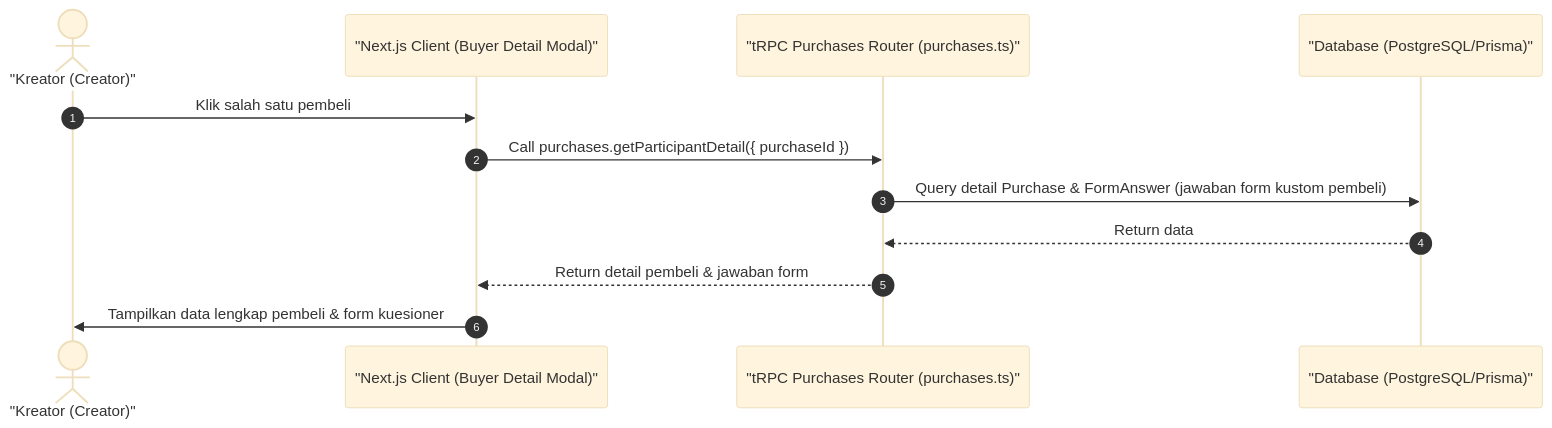
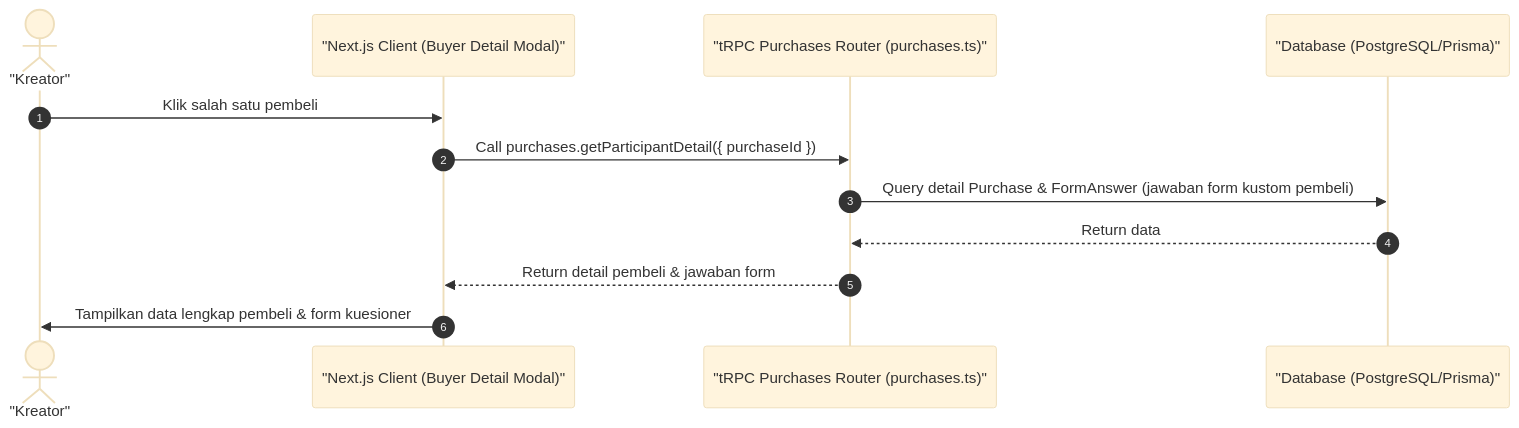
One commit to luputer/CuanIN changed the diagram in docs/23-creator-buyer-detail.md. Above: the diagram before and after it, drawn with Mermaid (base theme). The commit also changed 53 other files, not shown here.

````diff
--- a/docs/23-creator-buyer-detail.md
+++ b/docs/23-creator-buyer-detail.md
@@ -5,16 +5,16 @@
 ```mermaid
 sequenceDiagram
     autonumber
-    actor Creator as "Kreator (Creator)"
+    actor Creator as "Kreator"
     participant Client as "Next.js Client (Buyer Detail Modal)"
     participant Server as "tRPC Purchases Router (purchases.ts)"
     participant DB as "Database (PostgreSQL/Prisma)"
 
     Creator->>Client: Klik salah satu pembeli
     Client->>Server: Call purchases.getParticipantDetail({ purchaseId })
     Server->>DB: Query detail Purchase & FormAnswer (jawaban form kustom pembeli)
     DB-->>Server: Return data
     Server-->>Client: Return detail pembeli & jawaban form
     Client->>Creator: Tampilkan data lengkap pembeli & form kuesioner
 
 ```
````
